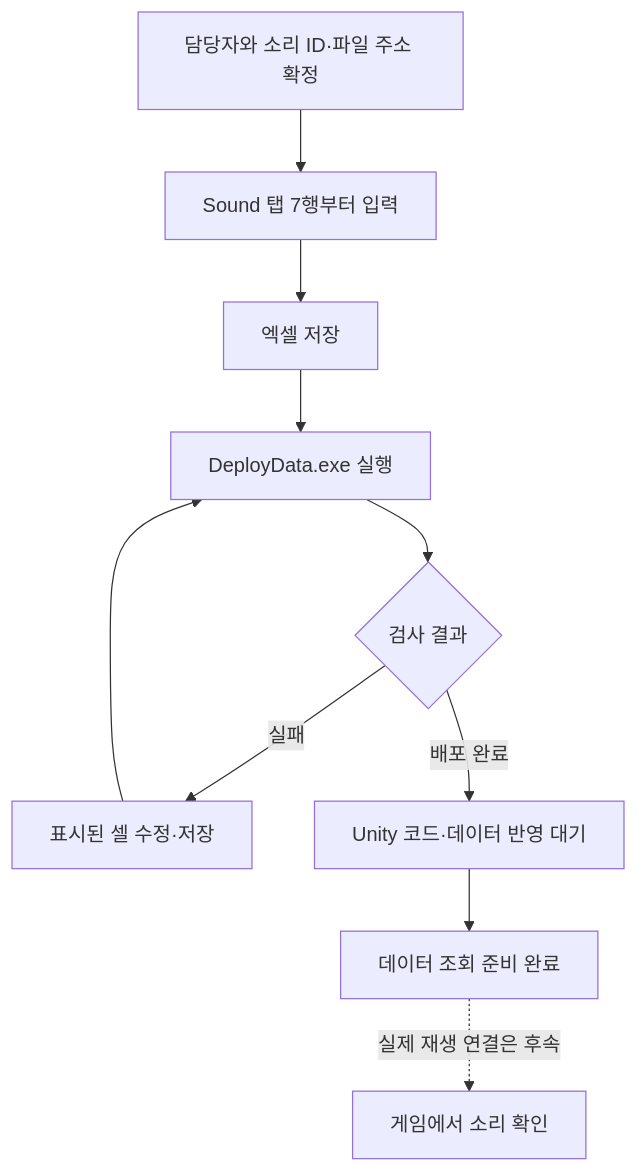
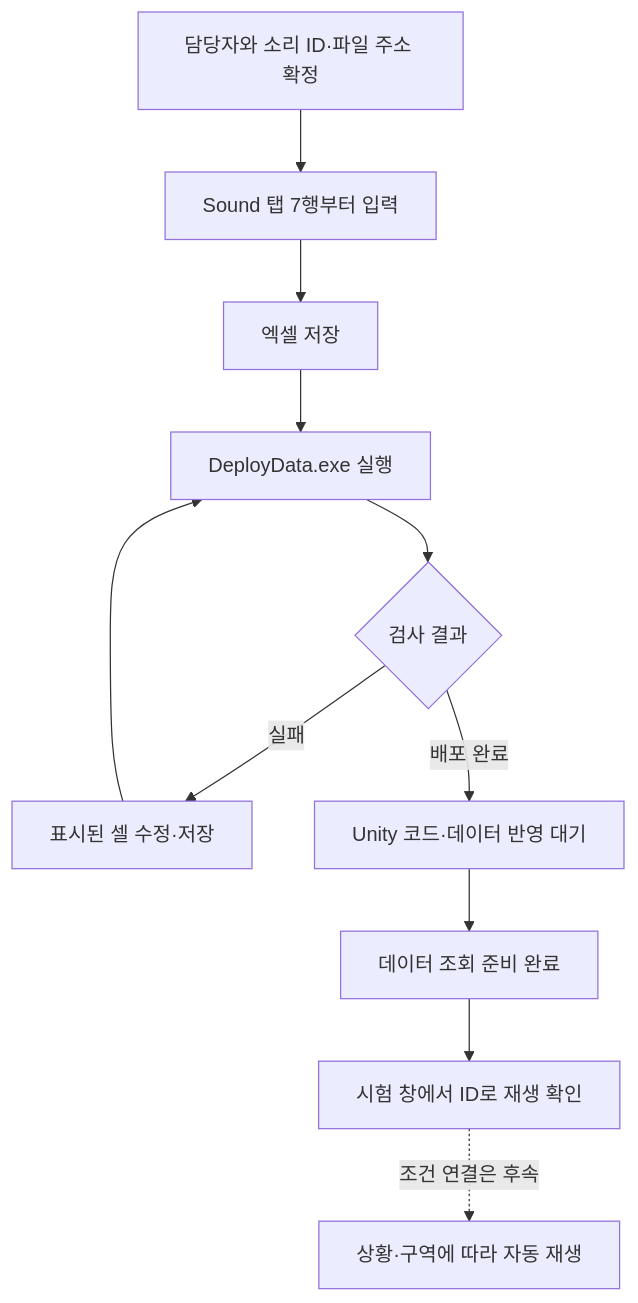
One commit to lkhwcf-arch/Human_Ghost- changed the first of 3 diagrams in Docs/기획자용 안내문서/기획자용 사운드 테이블 작성과 배포 안내.md. Above: the diagram before and after it, drawn with Mermaid. The commit also changed other lines of this file and 28 other files, not shown here.

````diff
--- a/Docs/기획자용 안내문서/기획자용 사운드 테이블 작성과 배포 안내.md
+++ b/Docs/기획자용 안내문서/기획자용 사운드 테이블 작성과 배포 안내.md
@@ -9,12 +9,13 @@
 ```mermaid
 flowchart TD
     A[담당자와 소리 ID·파일 주소 확정] --> B[Sound 탭 7행부터 입력]
     B --> C[엑셀 저장]
     C --> D[DeployData.exe 실행]
     D --> E{검사 결과}
     E -->|실패| F[표시된 셀 수정·저장]
     F --> D
     E -->|배포 완료| G[Unity 코드·데이터 반영 대기]
     G --> H[데이터 조회 준비 완료]
-    H -.실제 재생 연결은 후속.-> I[게임에서 소리 확인]
+    H --> I[시험 창에서 ID로 재생 확인]
+    I -.조건 연결은 후속.-> J[상황·구역에 따라 자동 재생]
 ```
````
